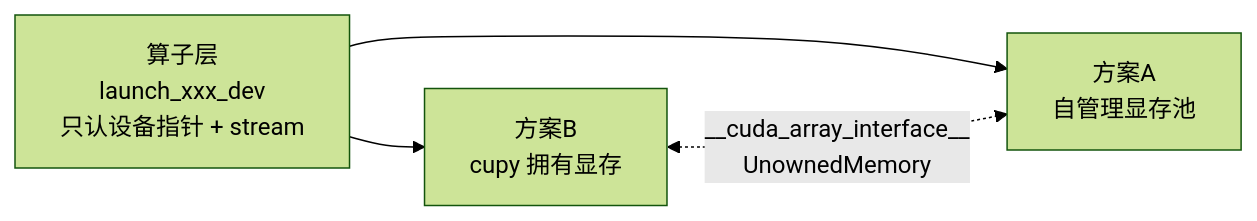
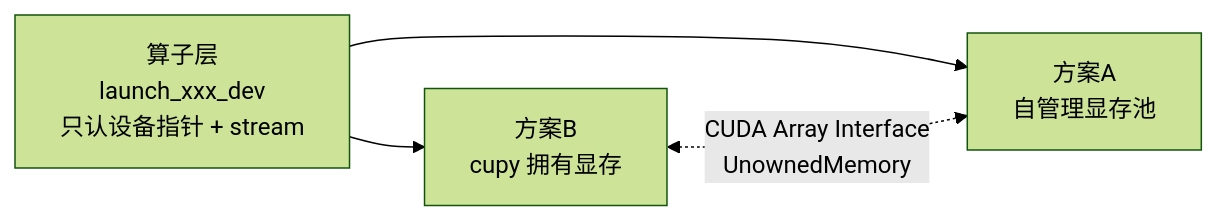
One commit to Kasago886/Enneuro-Project changed the first of 7 diagrams in doc/CUDAC/显存管理.md. Above: the diagram before and after it, drawn with Mermaid (forest theme). The commit also changed other lines of this file and 2 other files, not shown here.

````diff
--- a/doc/CUDAC/显存管理.md
+++ b/doc/CUDAC/显存管理.md
@@ -48,6 +45,6 @@
 ```mermaid
 graph LR
     A[算子层<br/>launch_xxx_dev<br/>只认设备指针 + stream] --> B[方案B<br/>cupy 拥有显存]
     A --> C[方案A<br/>自管理显存池]
-    B <-.->|__cuda_array_interface__<br/>UnownedMemory| C
+    B <-.->|CUDA Array Interface<br/>UnownedMemory| C
 ```
````
